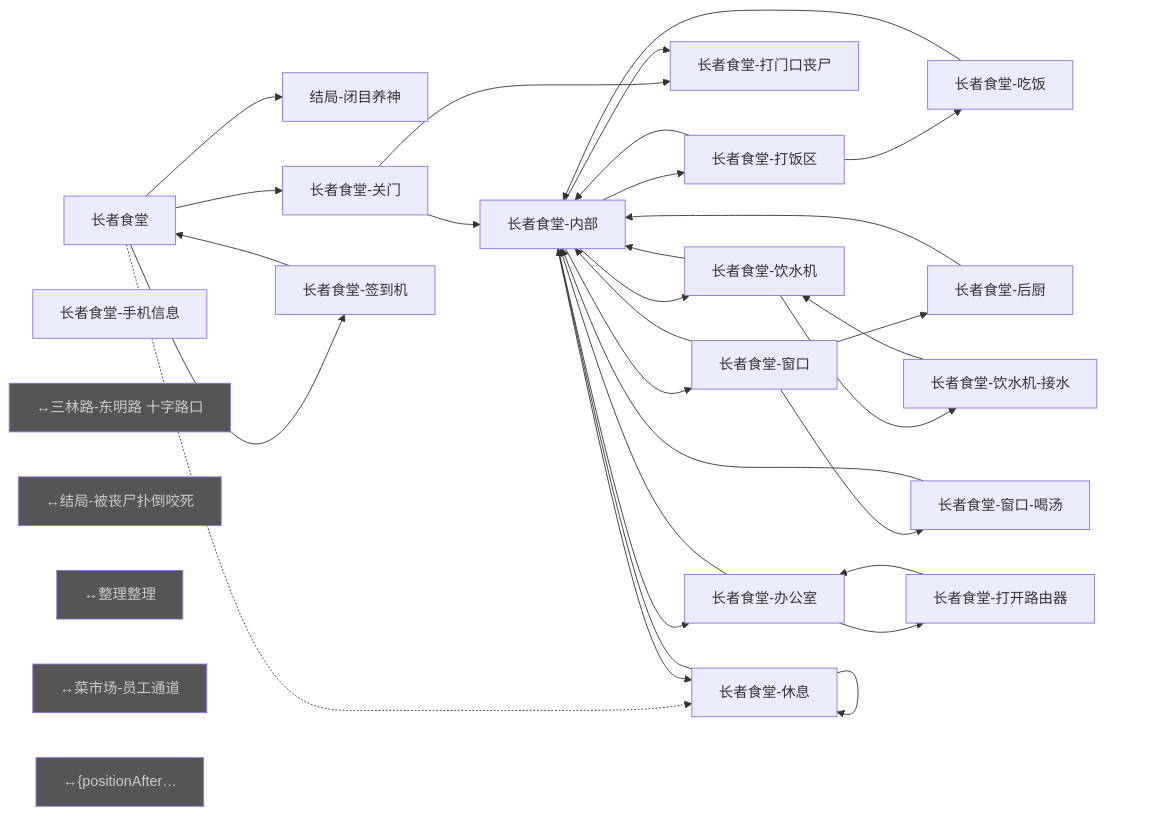
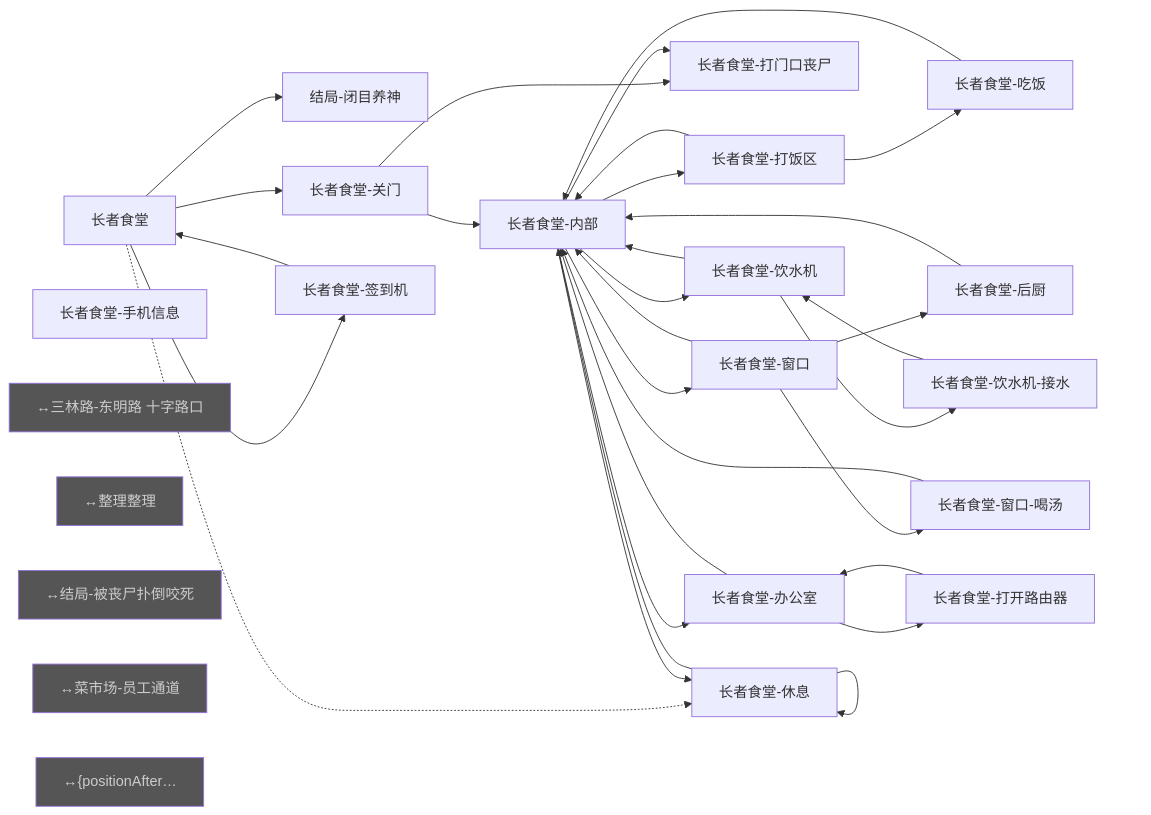
The fifth of 25 diagrams in tools/graph-report/总览.md (bobomymz/Plot-Game), drawn with Mermaid before and after one commit. The commit also changed other lines of this file and 78 other files, not shown here.

````diff
--- a/tools/graph-report/总览.md
+++ b/tools/graph-report/总览.md
@@ -887,55 +890,55 @@
 ```mermaid
 flowchart LR
   n0["长者食堂"]
   n1["结局-闭目养神"]
   n2["长者食堂-休息"]
   n3["长者食堂-关门"]
   n4["长者食堂-打门口丧尸"]
   n5["长者食堂-内部"]
   n6["长者食堂-打饭区"]
   n7["长者食堂-吃饭"]
   n8["长者食堂-后厨"]
   n9["长者食堂-饮水机"]
   n10["长者食堂-饮水机-接水"]
   n11["长者食堂-窗口"]
   n12["长者食堂-窗口-喝汤"]
   n13["长者食堂-办公室"]
   n14["长者食堂-打开路由器"]
   n15["长者食堂-签到机"]
   n16["长者食堂-手机信息"]
   n17["↔三林路-东明路 十字路口"]:::ext
-  n18["↔结局-被丧尸扑倒咬死"]:::ext
-  n19["↔整理整理"]:::ext
+  n18["↔整理整理"]:::ext
+  n19["↔结局-被丧尸扑倒咬死"]:::ext
   n20["↔菜市场-员工通道"]:::ext
   n21["↔{positionAfter…"]:::ext
   n0 --> n3
   n0 --> n1
   n0 -.-> n2
   n0 --> n15
   n2 --> n2
   n2 --> n5
   n3 --> n4
   n3 --> n5
   n5 --> n11
   n5 --> n6
   n5 --> n9
   n5 --> n13
   n5 --> n4
   n5 --> n2
   n6 --> n7
   n6 --> n5
   n7 --> n5
   n8 --> n5
   n9 --> n10
   n9 --> n5
   n10 --> n9
   n11 --> n12
   n11 --> n5
   n11 --> n8
   n12 --> n5
   n13 --> n14
   n13 --> n5
   n14 --> n13
   n15 --> n0
   classDef ext fill:#555,color:#ccc;
 ```
````
